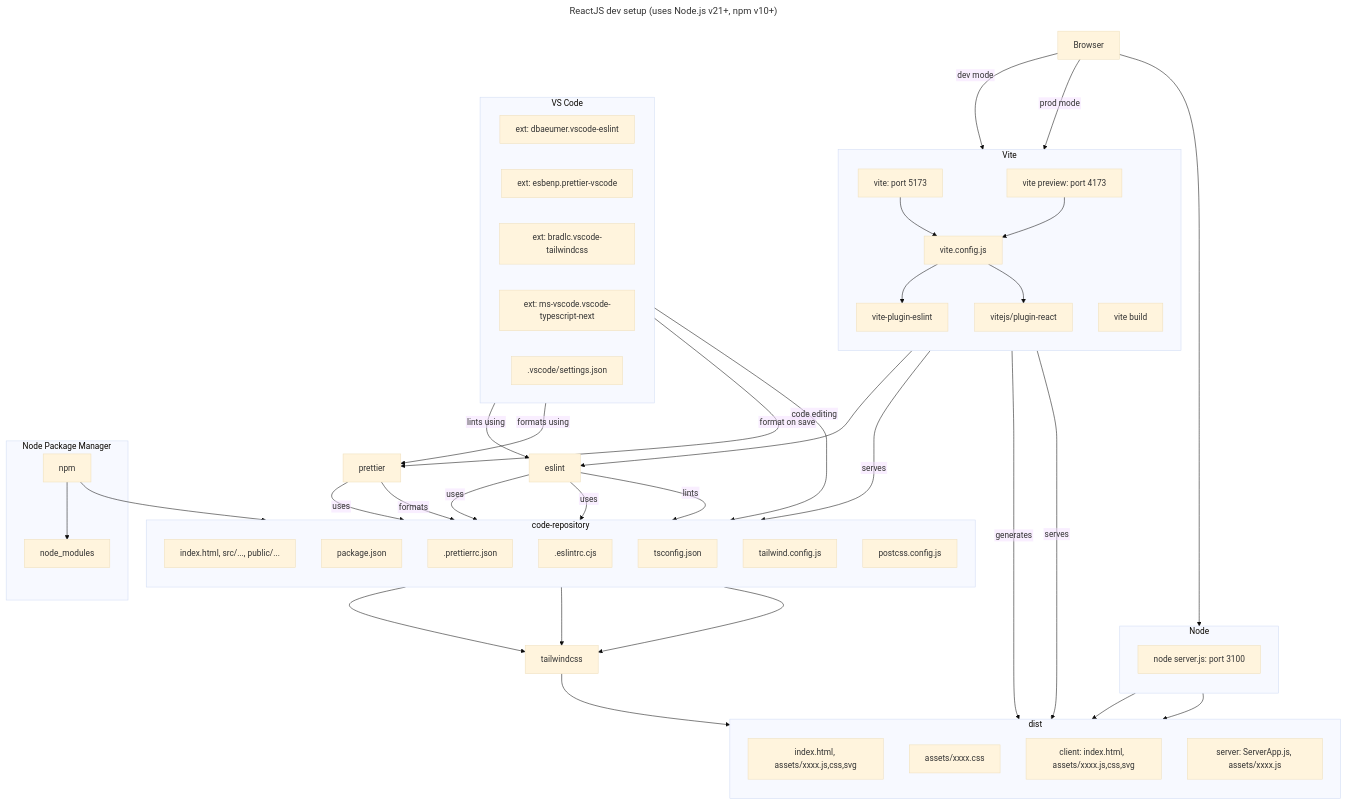
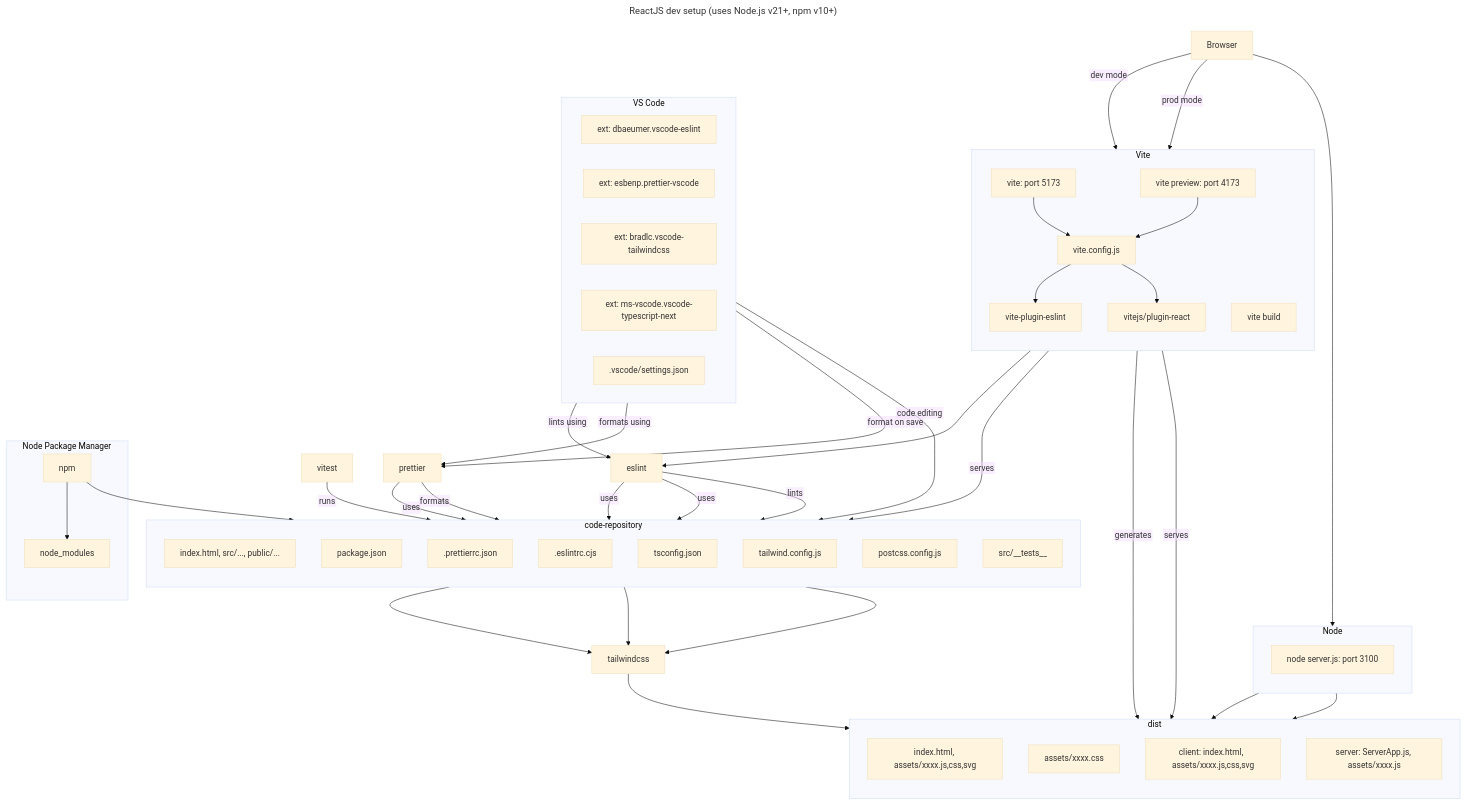
Before and after one commit to zen-code-symphony/reactconcepts: the first of 6 diagrams in README.md, drawn with Mermaid (base theme). The commit also changed other lines of this file and 7 other files, not shown here.

Commit message:
tests: added Vitest and example tests.

````diff
--- a/README.md
+++ b/README.md
@@ -34,72 +35,74 @@
 ```mermaid
 ---
 title: ReactJS dev setup (uses Node.js v21+, npm v10+)
 ---
 %%{init: {"flowchart": {"htmlLabels": false}} }%%
 flowchart TB
     subgraph Node
       direction TB
       nodeserver[node server.js: port 3100]
     end
     subgraph Vite
         direction TB
         viteserver[vite: port 5173] --> viteconfig[vite.config.js]
         vitepreview[vite preview: port 4173] --> viteconfig
         viteconfig --> viteplugineslint[vite-plugin-eslint]
         viteconfig --> vitejspluginreact[vitejs/plugin-react]
         vitebuild[vite build]
     end
     subgraph dist
         direction TB
         index.html1[index.html, assets/xxxx.js,css,svg]
         indexcss[assets/xxxx.css]
         clientdist[client: index.html,  assets/xxxx.js,css,svg]
         serverdist[server: ServerApp.js, assets/xxxx.js]
     end
     subgraph code-repository
         direction TB
         index.html2[index.html, src/..., public/...]
         packagejson[package.json]
         prettierconfig[.prettierrc.json]
         eslintconfig[.eslintrc.cjs]
         tsconfigjson[tsconfig.json]
         tailwindconfig[tailwind.config.js]
         postcssconfig[postcss.config.js]
+        tests[src/__tests__]
     end
+    vitest --runs--> tests
     tailwindconfig --> tailwindcss
     postcssconfig --> tailwindcss
     index.html2 --> tailwindcss
     tailwindcss --> indexcss
     prettier --uses--> prettierconfig
     eslint --uses--> eslintconfig
     eslint --uses--> tsconfigjson
     subgraph VSCode[VS Code]
         direction LR
         vscode-eslint[ext: dbaeumer.vscode-eslint]
         vscode-prettier[ext: esbenp.prettier-vscode]
         vscode-tailwind[ext: bradlc.vscode-tailwindcss]
         vscode-ts[ext: ms-vscode.vscode-typescript-next]
         vscodesettings[.vscode/settings.json]
     end
     subgraph Node Package Manager
         npm --> packagejson
         npm --> node_modules
     end
 
     viteplugineslint --> eslint
     eslint --lints--> index.html2
     prettier --formats--> index.html2
     VSCode --code editing--> code-repository
     vscode-eslint --lints using--> eslint
     vscode-prettier --formats using--> prettier
     vscodesettings --format on save--> prettier
 
     vitebuild --generates--> dist
     vitepreview --serves--> dist
     viteserver --serves --> index.html2
     Browser --dev mode--> viteserver
     Browser --prod mode--> vitepreview
     Browser --> nodeserver
     nodeserver --> clientdist
     nodeserver --> serverdist
 ```
````
